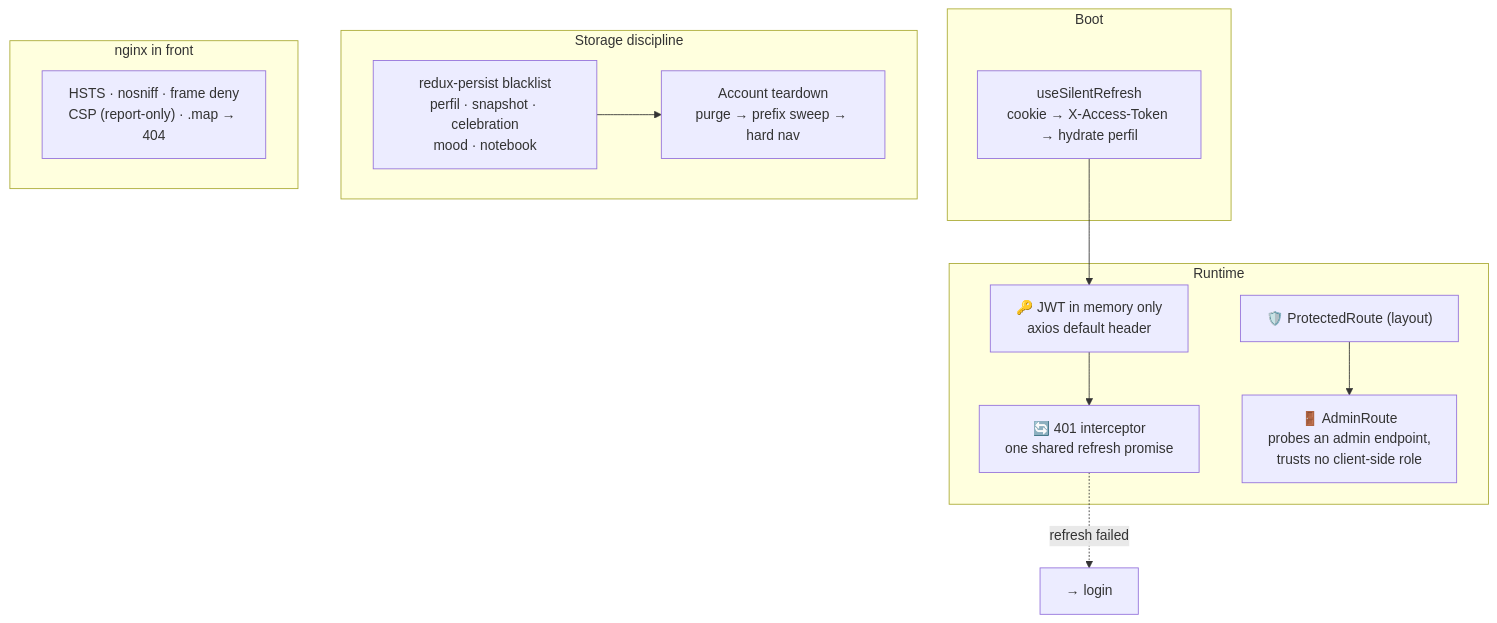
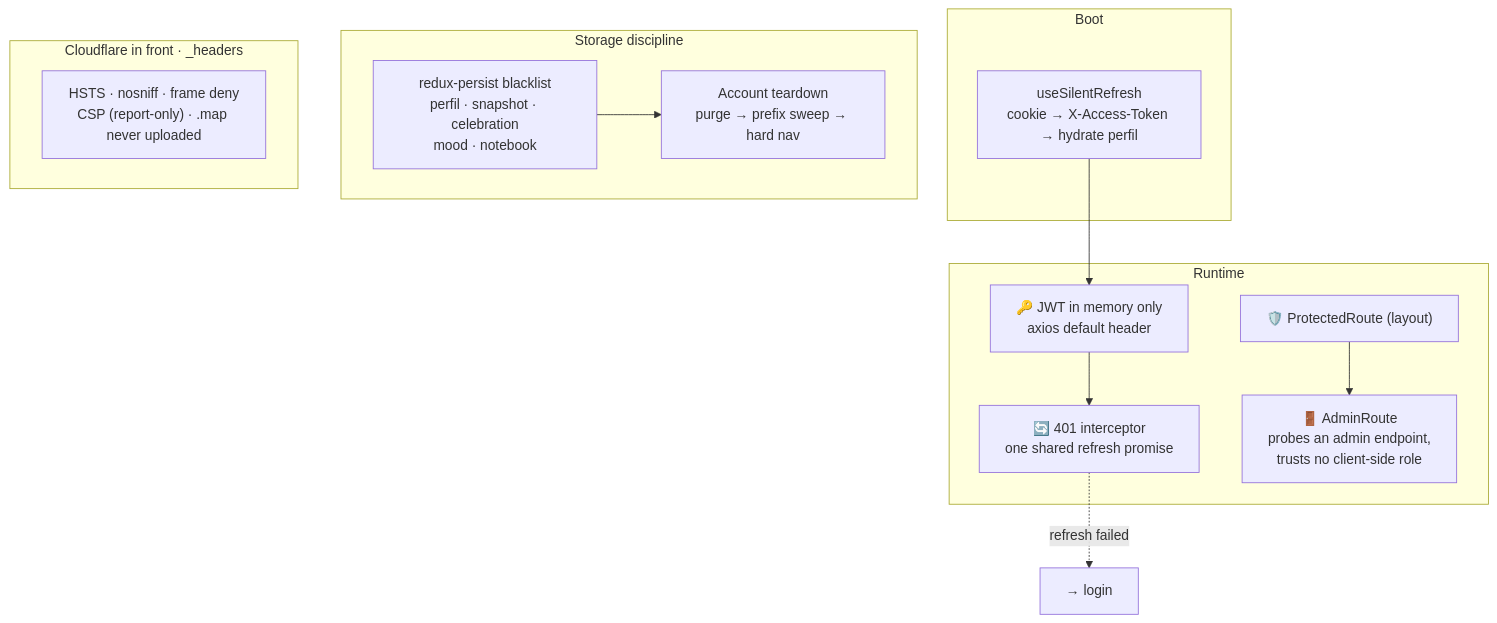
One commit to AndDev741/Beyou-arch-design changed the diagram in architecture/ui-security/diagram.mmd. Above: the diagram before and after it, drawn with Mermaid. The commit also changed 25 other files, not shown here.

```diff
--- a/architecture/ui-security/diagram.mmd
+++ b/architecture/ui-security/diagram.mmd
@@ -1,26 +1,26 @@
 flowchart TD
   subgraph boot["Boot"]
     SR["useSilentRefresh<br/>cookie → X-Access-Token → hydrate perfil"]
   end
 
   subgraph runtime["Runtime"]
     MEM["🔑 JWT in memory only<br/>axios default header"]
     INT["🔄 401 interceptor<br/>one shared refresh promise"]
     PR["🛡️ ProtectedRoute (layout)"]
     AR["🚪 AdminRoute<br/>probes an admin endpoint,<br/>trusts no client-side role"]
   end
 
   subgraph storage["Storage discipline"]
     BL["redux-persist blacklist<br/>perfil · snapshot · celebration<br/>mood · notebook"]
     TD["Account teardown<br/>purge → prefix sweep → hard nav"]
   end
 
-  subgraph edge["nginx in front"]
-    HDR["HSTS · nosniff · frame deny<br/>CSP (report-only) · .map → 404"]
+  subgraph edge["Cloudflare in front · _headers"]
+    HDR["HSTS · nosniff · frame deny<br/>CSP (report-only) · .map never uploaded"]
   end
 
   SR --> MEM
   MEM --> INT
   PR --> AR
   INT -.->|"refresh failed"| LOGIN["→ login"]
   BL --> TD
```
